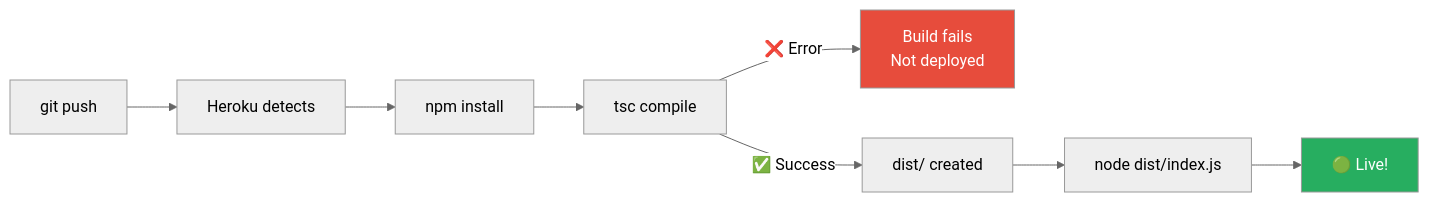
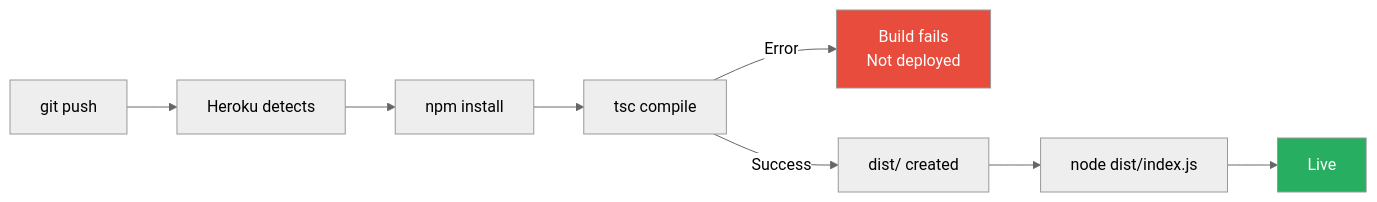
Diagram 21 of 21 in README.md (solydstore/inner_cnft_manager_heroku), drawn with Mermaid (neutral theme) before and after one commit. The commit also changed other lines of this file, not shown here.

````diff
--- a/README.md
+++ b/README.md
@@ -1321,13 +1321,13 @@
 ```mermaid
 flowchart LR
     A[git push] --> B[Heroku detects]
     B --> C[npm install]
     C --> D[tsc compile]
-    D -->|❌ Error| E[Build fails<br/>Not deployed]
-    D -->|✅ Success| F[dist/ created]
-    F --> G[node dist/index.js]
-    G --> H[🟢 Live!]
+    D -->|Error| E["Build fails<br/>Not deployed"]
+    D -->|Success| F["dist/ created"]
+    F --> G["node dist/index.js"]
+    G --> H["Live"]
 
     style E fill:#e74c3c,color:#fff
     style H fill:#27ae60,color:#fff
 ```
````
